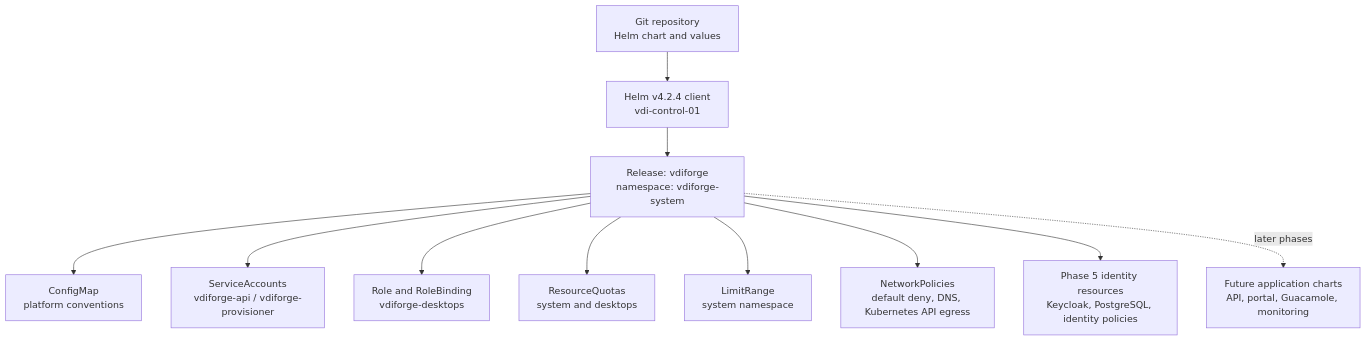
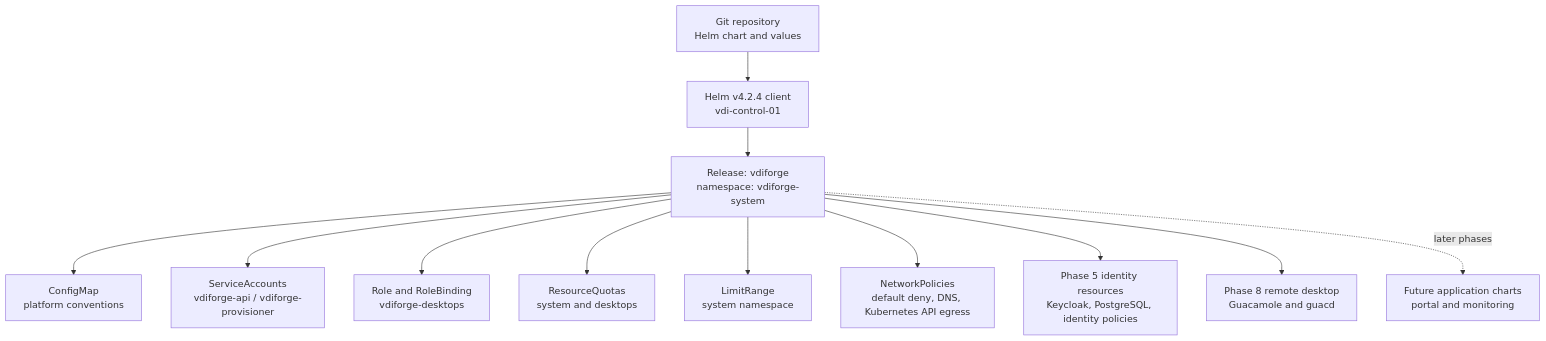
One commit to happelj/VDIForge changed the fifth of 13 diagrams in docs/ARCHITECTURE.md. Above: the diagram before and after it, drawn with Mermaid. The commit also changed other lines of this file and 62 other files, not shown here.

Commit message:
feat: implement Guacamole remote desktop delivery

````diff
--- a/docs/ARCHITECTURE.md
+++ b/docs/ARCHITECTURE.md
@@ -154,25 +154,27 @@
 ```mermaid
 flowchart TB
   Git[Git repository<br/>Helm chart and values]
   Helm[Helm v4.2.4 client<br/>vdi-control-01]
   Release[Release: vdiforge<br/>namespace: vdiforge-system]
   CM[ConfigMap<br/>platform conventions]
   SA[ServiceAccounts<br/>vdiforge-api / vdiforge-provisioner]
   RBAC[Role and RoleBinding<br/>vdiforge-desktops]
   Quota[ResourceQuotas<br/>system and desktops]
   Limit[LimitRange<br/>system namespace]
   NP[NetworkPolicies<br/>default deny, DNS, Kubernetes API egress]
   Identity[Phase 5 identity resources<br/>Keycloak, PostgreSQL, identity policies]
-  Future[Future application charts<br/>API, portal, Guacamole, monitoring]
+  Remote[Phase 8 remote desktop<br/>Guacamole and guacd]
+  Future[Future application charts<br/>portal and monitoring]
 
   Git --> Helm
   Helm --> Release
   Release --> CM
   Release --> SA
   Release --> RBAC
   Release --> Quota
   Release --> Limit
   Release --> NP
   Release --> Identity
+  Release --> Remote
   Release -. later phases .-> Future
 ```
````
